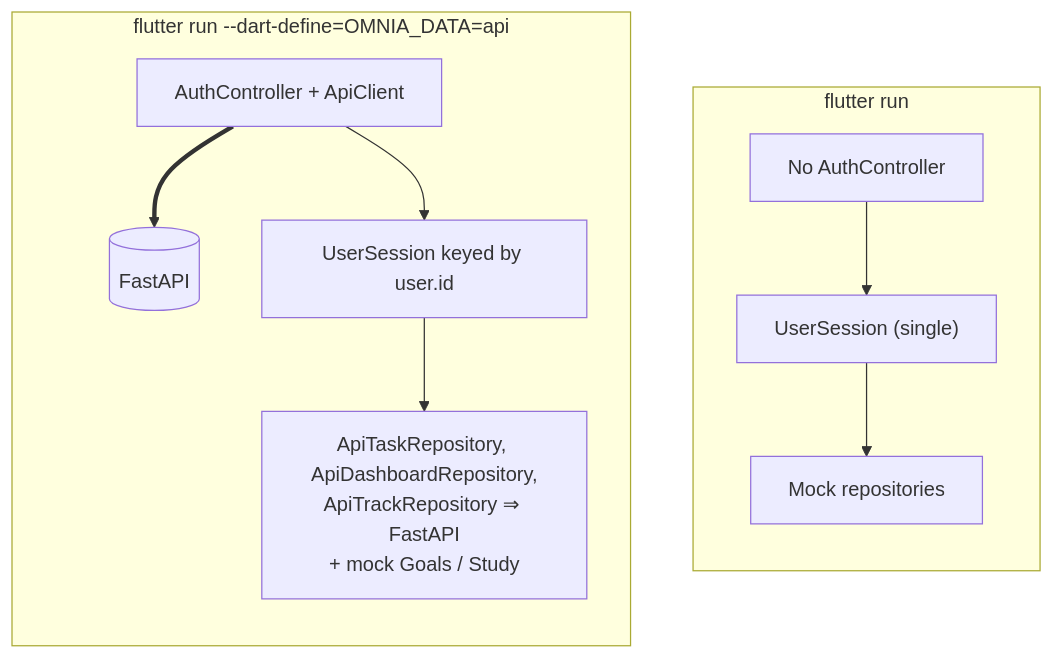
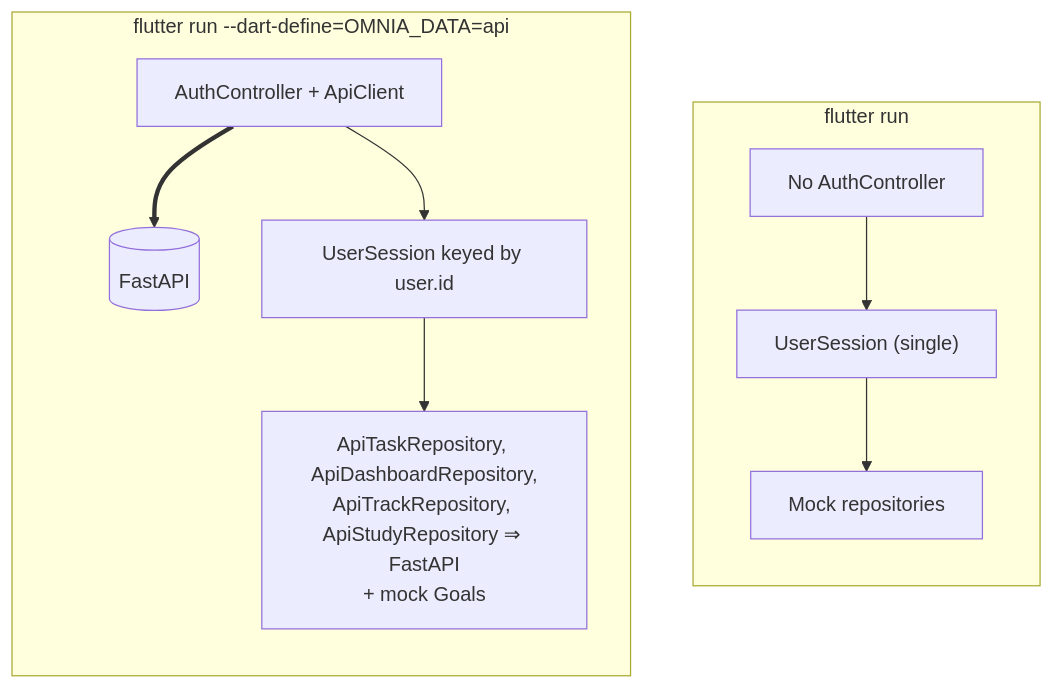
One commit to Gaoher-1207/omnia changed the diagram in docs/omnia-vault/Architecture/Mock vs API Mode.md. Above: the diagram before and after it, drawn with Mermaid. The commit also changed other lines of this file and 28 other files, not shown here.

Commit message:
Integrate Study with backend API

````diff
--- a/docs/omnia-vault/Architecture/Mock vs API Mode.md
+++ b/docs/omnia-vault/Architecture/Mock vs API Mode.md
@@ -32,12 +32,12 @@
 ```mermaid
 flowchart TB
     subgraph Mock["flutter run"]
         direction TB
         m1["No AuthController"] --> m2["UserSession (single)"] --> m3["Mock repositories"]
     end
     subgraph Api["flutter run --dart-define=OMNIA_DATA=api"]
         direction TB
         a1["AuthController + ApiClient"] ==> a0[("FastAPI")]
-        a1 --> a2["UserSession keyed by user.id"] --> a3["ApiTaskRepository, ApiDashboardRepository,<br/>ApiTrackRepository ⇒ FastAPI<br/>+ mock Goals / Study"]
+        a1 --> a2["UserSession keyed by user.id"] --> a3["ApiTaskRepository, ApiDashboardRepository,<br/>ApiTrackRepository, ApiStudyRepository ⇒ FastAPI<br/>+ mock Goals"]
     end
 ```
````
